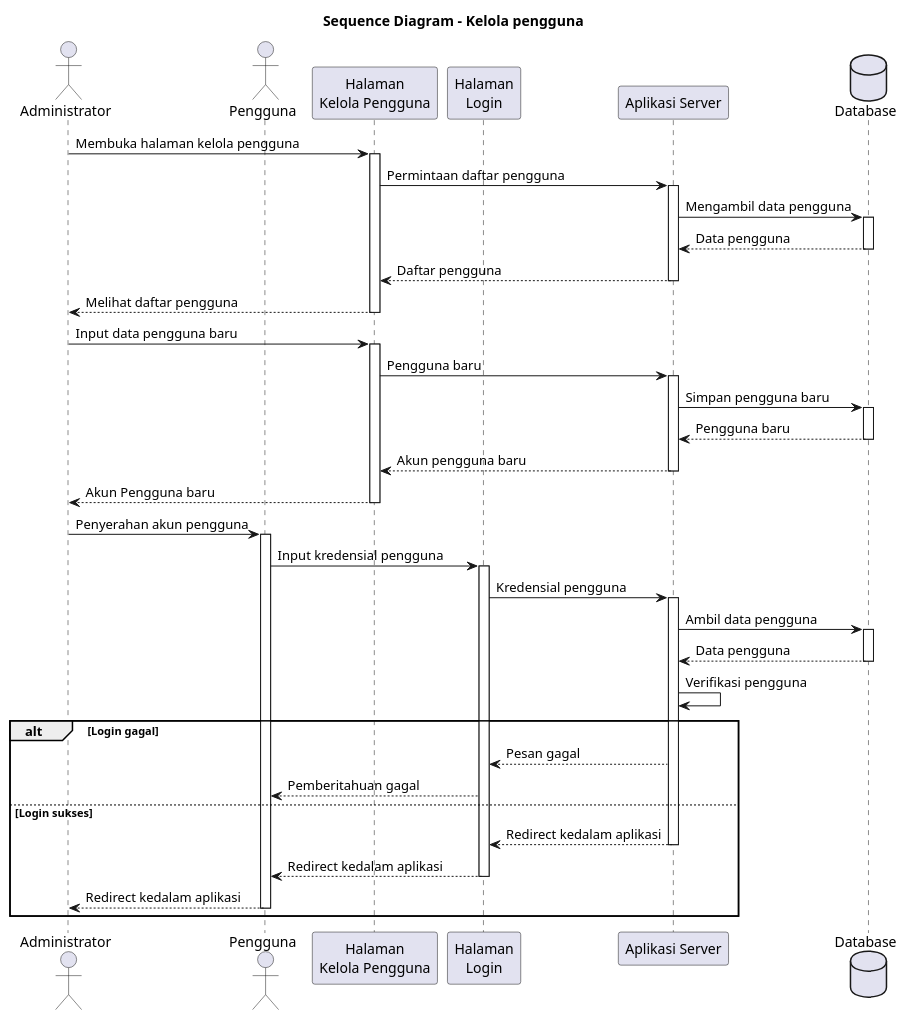
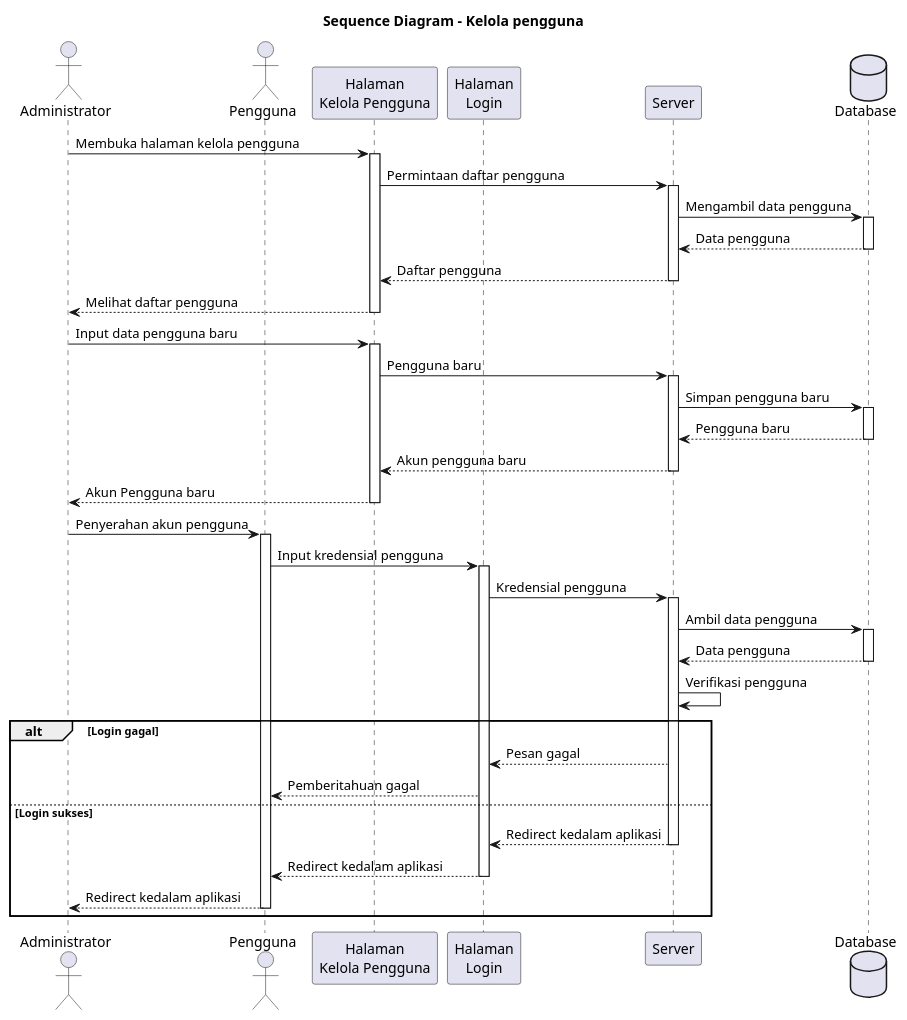
Before and after one commit to juntralala/e-atk: the diagram in docs/sequence/users-manajemen-login.plantuml, drawn with PlantUML. The commit also changed 38 other files, not shown here.

```diff
--- a/docs/sequence/users-manajemen-login.plantuml
+++ b/docs/sequence/users-manajemen-login.plantuml
@@ -1,50 +1,50 @@
 @startuml manajemen akun dan login
 title Sequence Diagram - Kelola pengguna
 
 actor "Administrator" as actor1
 actor "Pengguna" as actor2
 participant "Halaman\nKelola Pengguna" as accountManagement
 participant "Halaman\nLogin" as login
-participant "Aplikasi Server" as system
+participant "Server" as system
 database Database as users
 
 actor1 -> accountManagement: Membuka halaman kelola pengguna
 activate accountManagement
 accountManagement -> system: Permintaan daftar pengguna
 activate system
 system -> users: Mengambil data pengguna
 activate users
 return Data pengguna
 return Daftar pengguna
 return Melihat daftar pengguna
 
 actor1 -> accountManagement: Input data pengguna baru
 activate accountManagement
 accountManagement -> system: Pengguna baru
 activate system
 system -> users: Simpan pengguna baru
 activate users
 return Pengguna baru
 return Akun pengguna baru
 return Akun Pengguna baru
 
 actor1 -> actor2: Penyerahan akun pengguna
 activate actor2
 actor2 -> login: Input kredensial pengguna
 activate login
 login -> system: Kredensial pengguna
 activate system
 system -> users: Ambil data pengguna
 activate users
 return Data pengguna
 system -> system : Verifikasi pengguna
 alt Login gagal
 login <-- system: Pesan gagal
 actor2 <-- login: Pemberitahuan gagal
 else Login sukses
 return Redirect kedalam aplikasi
 return Redirect kedalam aplikasi
 return Redirect kedalam aplikasi
 end
 
 @enduml
```
